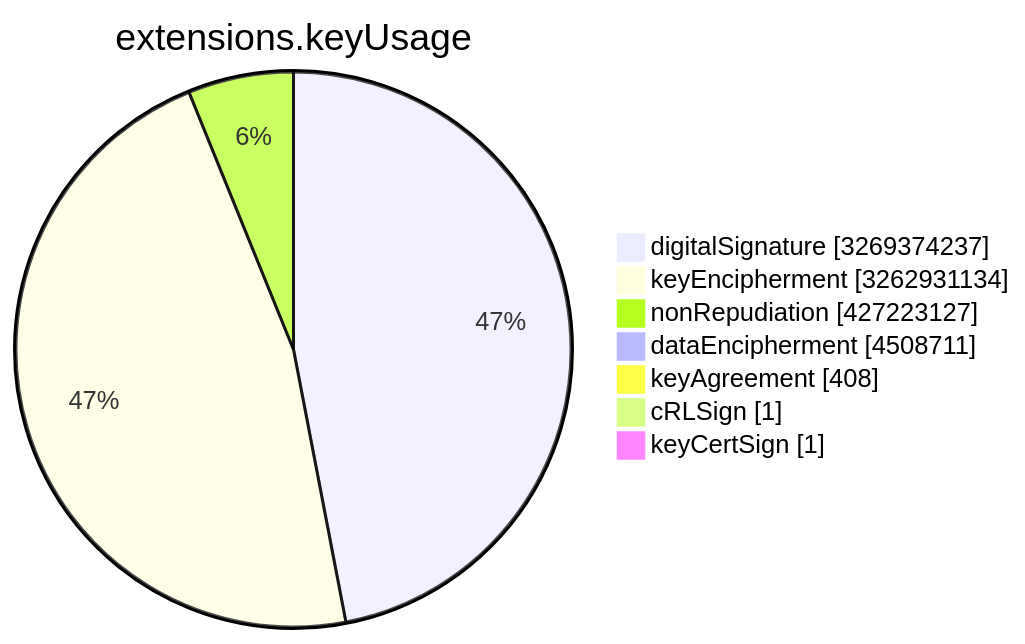
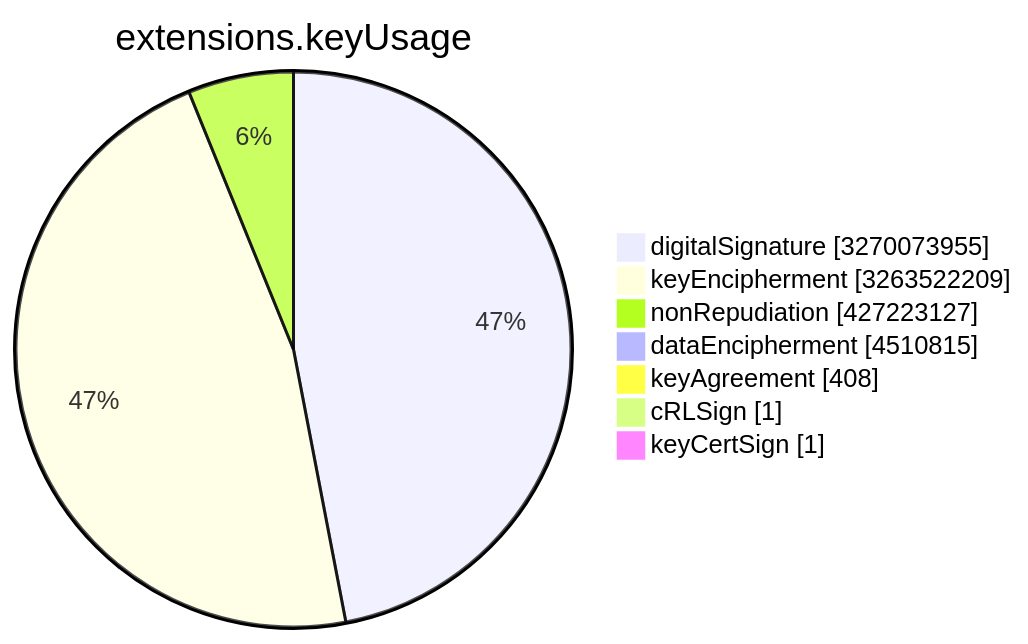
The sixth of 15 diagrams in TOTAL/README.md (christiankrug/ctmonitor_visualization), drawn with Mermaid before and after one commit. The commit also changed other lines of this file, not shown here.

````diff
--- a/TOTAL/README.md
+++ b/TOTAL/README.md
@@ -3078,11 +3078,11 @@
 ```mermaid
 pie showData
 title extensions.keyUsage
-"digitalSignature" :3269374237
-"keyEncipherment" :3262931134
+"digitalSignature" :3270073955
+"keyEncipherment" :3263522209
 "nonRepudiation" :427223127
-"dataEncipherment" :4508711
+"dataEncipherment" :4510815
 "keyAgreement" :408
 "cRLSign" :1
 "keyCertSign" :1
 ```
````
